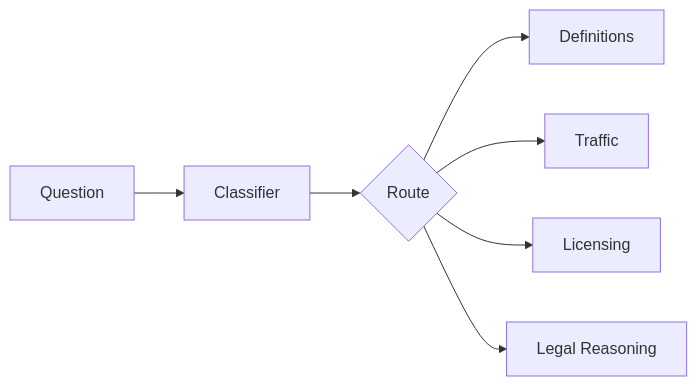
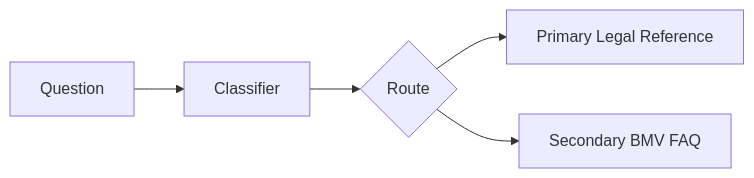
Before and after one commit to ricardo-msft-SE/policybot1: the fourth of 6 diagrams in docs/workflow-architecture-alternative.md, drawn with Mermaid. The commit also changed other lines of this file and 4 other files, not shown here.

Commit message:
docs: adopt backend-api workflow architecture and clarification routing

````diff
--- a/docs/workflow-architecture-alternative.md
+++ b/docs/workflow-architecture-alternative.md
@@ -145,9 +144,7 @@
 ```mermaid
 flowchart LR
     Q[Question] --> C[Classifier]
     C --> R{Route}
-    R --> A1[Definitions]
-    R --> A2[Traffic]
-    R --> A3[Licensing]
-    R --> A4[Legal Reasoning]
+  R --> A1[Primary Legal Reference]
+  R --> A2[Secondary BMV FAQ]
 ```
````
